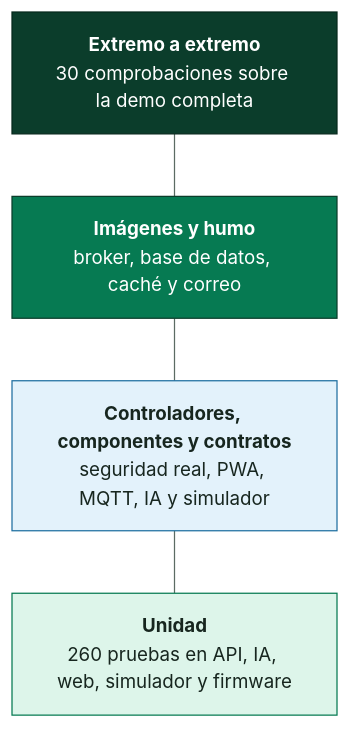
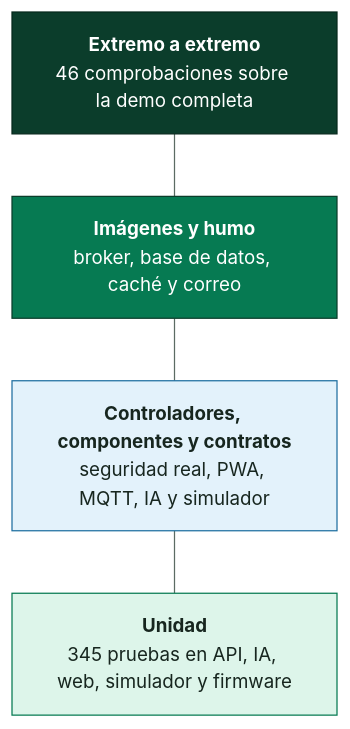
The diagram in docs/diagrams/SmartPot_33_Test_Pyramid.mmd (SmartPotTech/.github), drawn with Mermaid before and after one commit.

Commit message:
Count 345 tests and 46 end-to-end checks in the test pyramid
Bring the pyramid in line with the current suites.

```diff
--- a/docs/diagrams/SmartPot_33_Test_Pyramid.mmd
+++ b/docs/diagrams/SmartPot_33_Test_Pyramid.mmd
@@ -1,18 +1,18 @@
 %%{init: {"theme": "base", "fontFamily": "Segoe UI, Arial, sans-serif", "themeVariables": {"fontFamily": "Segoe UI, Arial, sans-serif", "fontSize": "15px", "primaryColor": "#DDF5EA", "primaryTextColor": "#17261F", "primaryBorderColor": "#067A52", "secondaryColor": "#E3F2FB", "secondaryTextColor": "#17261F", "secondaryBorderColor": "#1F6FA0", "tertiaryColor": "#F2F7F4", "tertiaryTextColor": "#17261F", "tertiaryBorderColor": "#D5E3DC", "lineColor": "#5B6B63", "textColor": "#17261F", "mainBkg": "#DDF5EA", "nodeBorder": "#067A52", "clusterBkg": "#F7FAF8", "clusterBorder": "#D5E3DC", "edgeLabelBackground": "#FFFFFF", "actorBkg": "#067A52", "actorBorder": "#0B3D2B", "actorTextColor": "#FFFFFF", "actorLineColor": "#5B6B63", "signalColor": "#17261F", "signalTextColor": "#17261F", "labelBoxBkgColor": "#0B3D2B", "labelBoxBorderColor": "#0B3D2B", "labelTextColor": "#FFFFFF", "loopTextColor": "#0B3D2B", "noteBkgColor": "#FDF4DD", "noteBorderColor": "#C98D12", "noteTextColor": "#17261F", "activationBkgColor": "#DDF5EA", "activationBorderColor": "#067A52", "attributeBackgroundColorOdd": "#FFFFFF", "attributeBackgroundColorEven": "#F2F7F4"}}}%%
 flowchart TB
-  e2e["<b>Extremo a extremo</b><br/>30 comprobaciones sobre la demo completa"]
+  e2e["<b>Extremo a extremo</b><br/>46 comprobaciones sobre la demo completa"]
   humo["<b>Imágenes y humo</b><br/>broker, base de datos, caché y correo"]
   contrato["<b>Controladores, componentes y contratos</b><br/>seguridad real, PWA, MQTT, IA y simulador"]
-  unidad["<b>Unidad</b><br/>260 pruebas en API, IA, web, simulador y firmware"]
+  unidad["<b>Unidad</b><br/>345 pruebas en API, IA, web, simulador y firmware"]
   e2e --- humo --- contrato --- unidad
   classDef leaf fill:#DDF5EA,stroke:#067A52,color:#17261F
   classDef water fill:#E3F2FB,stroke:#1F6FA0,color:#17261F
   classDef sun fill:#FDF4DD,stroke:#C98D12,color:#17261F
   classDef clay fill:#FBE9E1,stroke:#B85A38,color:#17261F
   classDef core fill:#067A52,stroke:#0B3D2B,color:#FFFFFF
   classDef deep fill:#0B3D2B,stroke:#06281C,color:#FFFFFF
   classDef muted fill:#F2F7F4,stroke:#5B6B63,color:#17261F
   class e2e deep
   class humo core
   class contrato water
   class unidad leaf
```
